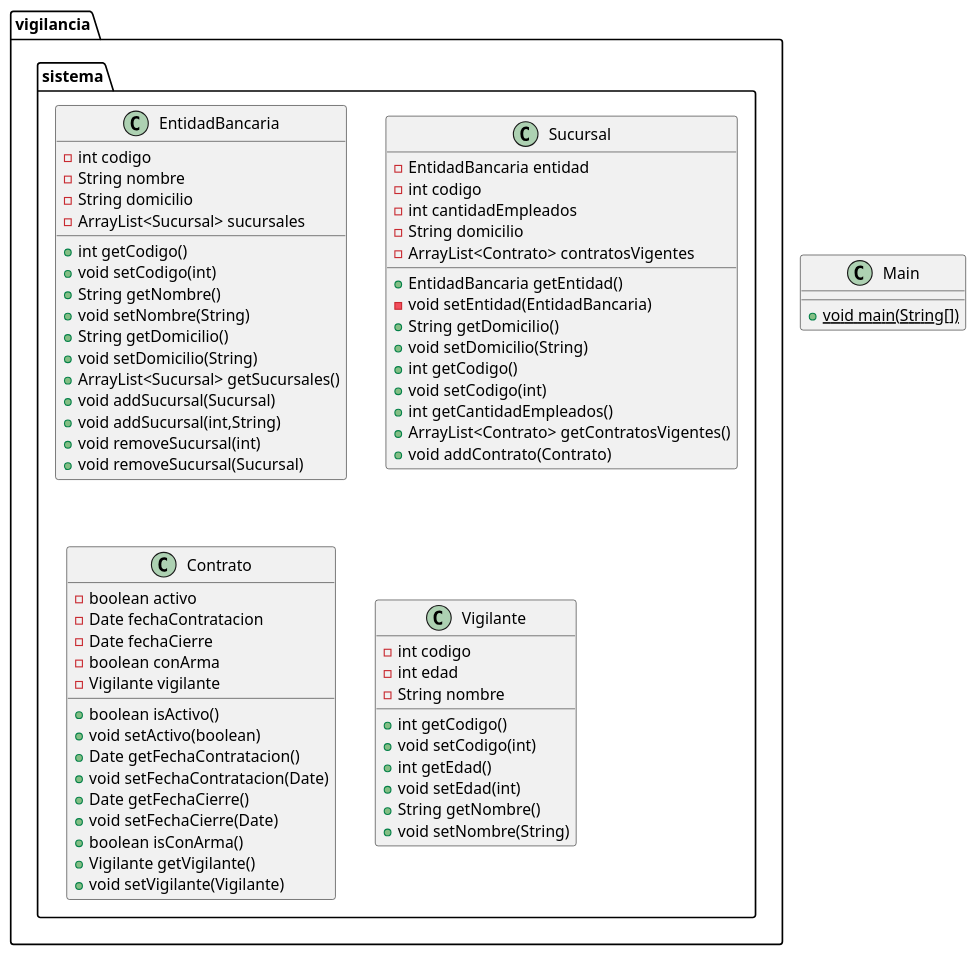
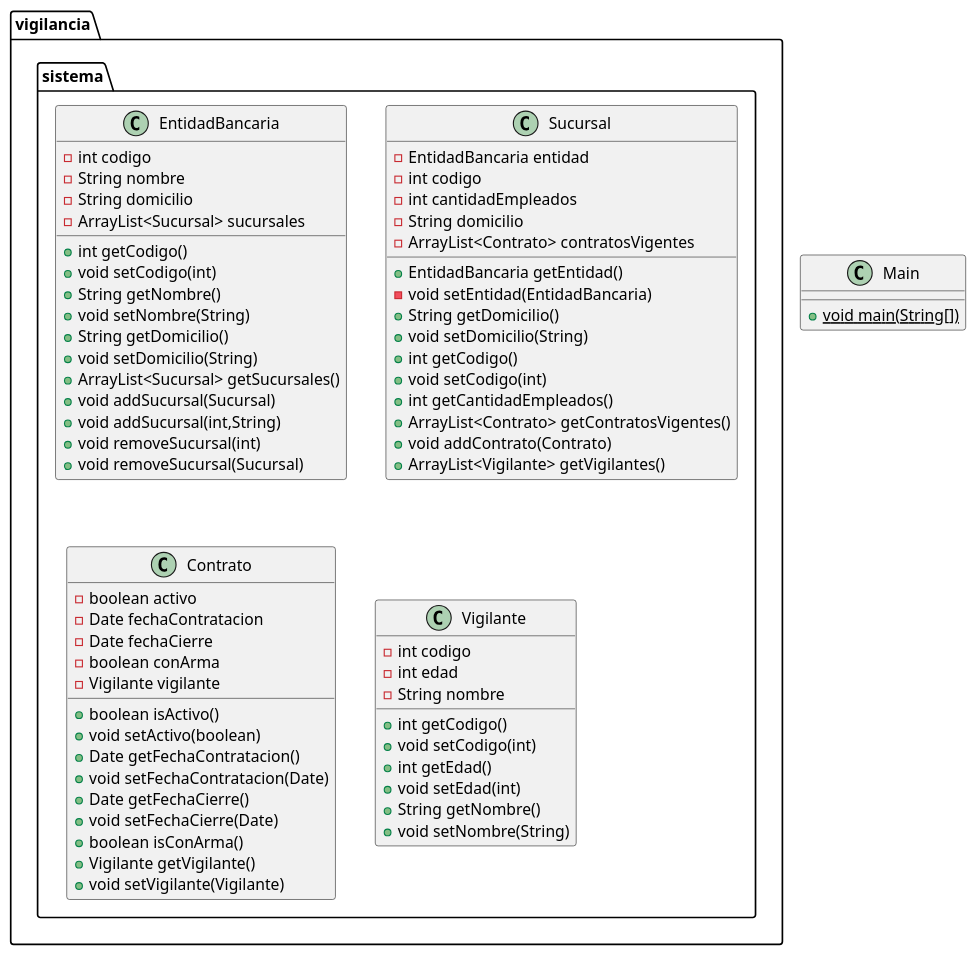
Before and after one commit to davinci-as/SistemaSucursales: the diagram in class_diagram.puml, drawn with PlantUML. The commit also changed 4 other files, not shown here.

```diff
--- a/class_diagram.puml
+++ b/class_diagram.puml
@@ -1,74 +1,75 @@
 @startuml
 class vigilancia.sistema.EntidadBancaria {
 - int codigo
 - String nombre
 - String domicilio
 - ArrayList<Sucursal> sucursales
 + int getCodigo()
 + void setCodigo(int)
 + String getNombre()
 + void setNombre(String)
 + String getDomicilio()
 + void setDomicilio(String)
 + ArrayList<Sucursal> getSucursales()
 + void addSucursal(Sucursal)
 + void addSucursal(int,String)
 + void removeSucursal(int)
 + void removeSucursal(Sucursal)
 }
 
 
 class vigilancia.sistema.Sucursal {
 - EntidadBancaria entidad
 - int codigo
 - int cantidadEmpleados
 - String domicilio
 - ArrayList<Contrato> contratosVigentes
 + EntidadBancaria getEntidad()
 - void setEntidad(EntidadBancaria)
 + String getDomicilio()
 + void setDomicilio(String)
 + int getCodigo()
 + void setCodigo(int)
 + int getCantidadEmpleados()
 + ArrayList<Contrato> getContratosVigentes()
 + void addContrato(Contrato)
++ ArrayList<Vigilante> getVigilantes()
 }
 
 
 class vigilancia.sistema.Contrato {
 - boolean activo
 - Date fechaContratacion
 - Date fechaCierre
 - boolean conArma
 - Vigilante vigilante
 + boolean isActivo()
 + void setActivo(boolean)
 + Date getFechaContratacion()
 + void setFechaContratacion(Date)
 + Date getFechaCierre()
 + void setFechaCierre(Date)
 + boolean isConArma()
 + Vigilante getVigilante()
 + void setVigilante(Vigilante)
 }
 
 
 class vigilancia.sistema.Vigilante {
 - int codigo
 - int edad
 - String nombre
 + int getCodigo()
 + void setCodigo(int)
 + int getEdad()
 + void setEdad(int)
 + String getNombre()
 + void setNombre(String)
 }
 
 
 class Main {
 + {static} void main(String[])
 }
 
 @enduml
```
